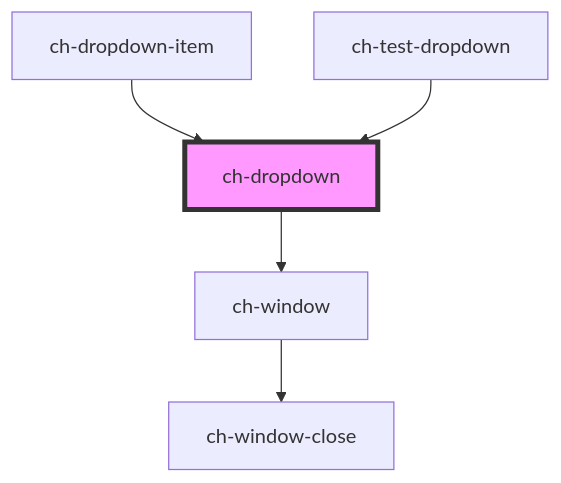
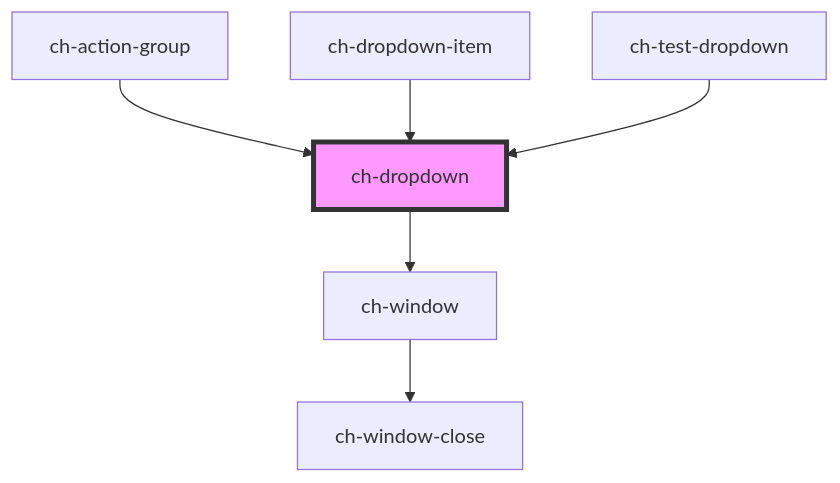
One commit to genexuslabs/chameleon-controls-library changed the diagram in src/components/dropdown/readme.md. Above: the diagram before and after it, drawn with Mermaid. The commit also changed other lines of this file and 6 other files, not shown here.

````diff
--- a/src/components/dropdown/readme.md
+++ b/src/components/dropdown/readme.md
@@ -88,8 +92,9 @@
 ```mermaid
 graph TD;
   ch-dropdown --> ch-window
   ch-window --> ch-window-close
+  ch-action-group --> ch-dropdown
   ch-dropdown-item --> ch-dropdown
   ch-test-dropdown --> ch-dropdown
   style ch-dropdown fill:#f9f,stroke:#333,stroke-width:4px
 ```
````
